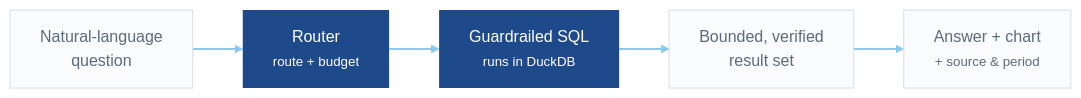
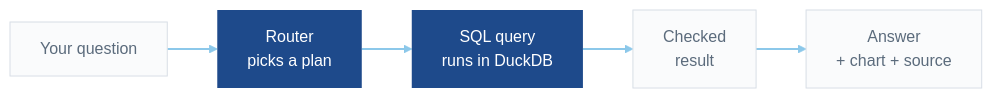
Before and after one commit to berataydemirr/albert-long-nodes-kkb-hackathon: the third of 3 diagrams in README.md, drawn with Mermaid (neutral theme). The commit also changed other lines of this file, not shown here.

First line of the commit message:
Fix diagram text overflow and simplify architecture section to plain English

````diff
--- a/README.md
+++ b/README.md
@@ -100,17 +100,17 @@
 ```mermaid
 graph LR
   classDef lane fill:#fafbfc,stroke:#d8dee6,stroke-width:1px,color:#5b6b7c
   classDef core fill:#1e4a8b,stroke:#1e4a8b,stroke-width:0px,color:#ffffff
 
-  F1["Natural-language<br/>question"]
-  F2["Router<br/><small>route + budget</small>"]
-  F3["Guardrailed SQL<br/><small>runs in DuckDB</small>"]
-  F4["Bounded, verified<br/>result set"]
-  F5["Answer + chart<br/><small>+ source & period</small>"]
+  F1["Your question"]
+  F2["Router<br/>picks a plan"]
+  F3["SQL query<br/>runs in DuckDB"]
+  F4["Checked<br/>result"]
+  F5["Answer<br/>+ chart + source"]
 
   F1 --> F2 --> F3 --> F4 --> F5
 
   class F1,F4,F5 lane
   class F2,F3 core
   linkStyle default stroke:#8cc8ea,stroke-width:2px
 ```
````
